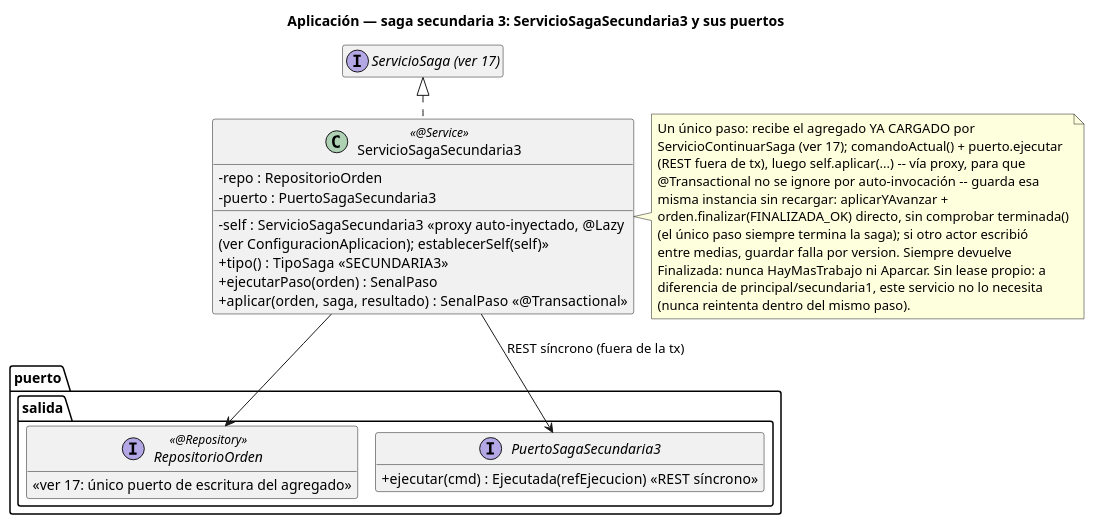
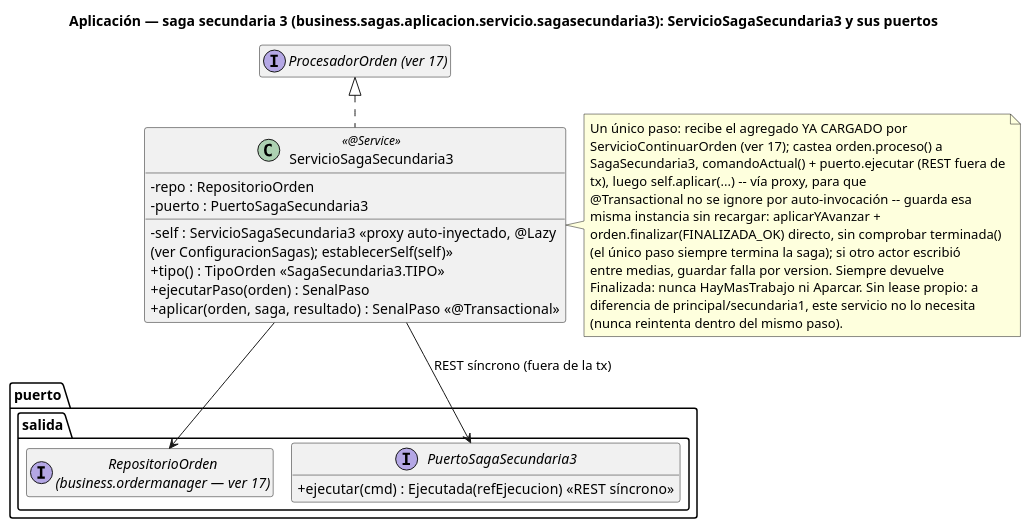
One commit to ralcazar/patrones changed the diagram in order-manager/docs/21-clases-aplicacion-saga-secundaria3.puml. Above: the diagram before and after it, drawn with PlantUML. The commit also changed 48 other files, not shown here.

First line of the commit message:
Paso 7: sincronizar diagramas y docs con la separación ordermanager/sagas

```diff
--- a/order-manager/docs/21-clases-aplicacion-saga-secundaria3.puml
+++ b/order-manager/docs/21-clases-aplicacion-saga-secundaria3.puml
@@ -1,43 +1,42 @@
 @startuml 21-clases-aplicacion-saga-secundaria3
-title Aplicación — saga secundaria 3: ServicioSagaSecundaria3 y sus puertos
+title Aplicación — saga secundaria 3 (business.sagas.aplicacion.servicio.sagasecundaria3): ServicioSagaSecundaria3 y sus puertos
 !pragma layout smetana
 hide empty members
 skinparam classAttributeIconSize 0
 
-interface "ServicioSaga (ver 17)" as Base
+interface "ProcesadorOrden (ver 17)" as Base
 
 class ServicioSagaSecundaria3 <<@Service>> {
   -repo : RepositorioOrden
   -puerto : PuertoSagaSecundaria3
-  -self : ServicioSagaSecundaria3  «proxy auto-inyectado, @Lazy\n(ver ConfiguracionAplicacion); establecerSelf(self)»
-  +tipo() : TipoSaga  «SECUNDARIA3»
+  -self : ServicioSagaSecundaria3  «proxy auto-inyectado, @Lazy\n(ver ConfiguracionSagas); establecerSelf(self)»
+  +tipo() : TipoOrden  «SagaSecundaria3.TIPO»
   +ejecutarPaso(orden) : SenalPaso
   +aplicar(orden, saga, resultado) : SenalPaso  «@Transactional»
 }
 note right of ServicioSagaSecundaria3
   Un único paso: recibe el agregado YA CARGADO por
-  ServicioContinuarSaga (ver 17); comandoActual() + puerto.ejecutar
-  (REST fuera de tx), luego self.aplicar(...) -- vía proxy, para que
+  ServicioContinuarOrden (ver 17); castea orden.proceso() a
+  SagaSecundaria3, comandoActual() + puerto.ejecutar (REST fuera de
+  tx), luego self.aplicar(...) -- vía proxy, para que
   @Transactional no se ignore por auto-invocación -- guarda esa
   misma instancia sin recargar: aplicarYAvanzar +
   orden.finalizar(FINALIZADA_OK) directo, sin comprobar terminada()
   (el único paso siempre termina la saga); si otro actor escribió
   entre medias, guardar falla por version. Siempre devuelve
   Finalizada: nunca HayMasTrabajo ni Aparcar. Sin lease propio: a
   diferencia de principal/secundaria1, este servicio no lo necesita
   (nunca reintenta dentro del mismo paso).
 end note
 
 package "puerto.salida" {
-  interface RepositorioOrden <<@Repository>> {
-    «ver 17: único puerto de escritura del agregado»
-  }
+  interface "RepositorioOrden\n(business.ordermanager — ver 17)" as RepositorioOrden
   interface PuertoSagaSecundaria3 {
     +ejecutar(cmd) : Ejecutada(refEjecucion)  «REST síncrono»
   }
 }
 
 Base <|.. ServicioSagaSecundaria3
 ServicioSagaSecundaria3 --> RepositorioOrden
 ServicioSagaSecundaria3 --> PuertoSagaSecundaria3 : REST síncrono (fuera de la tx)
 @enduml
```
